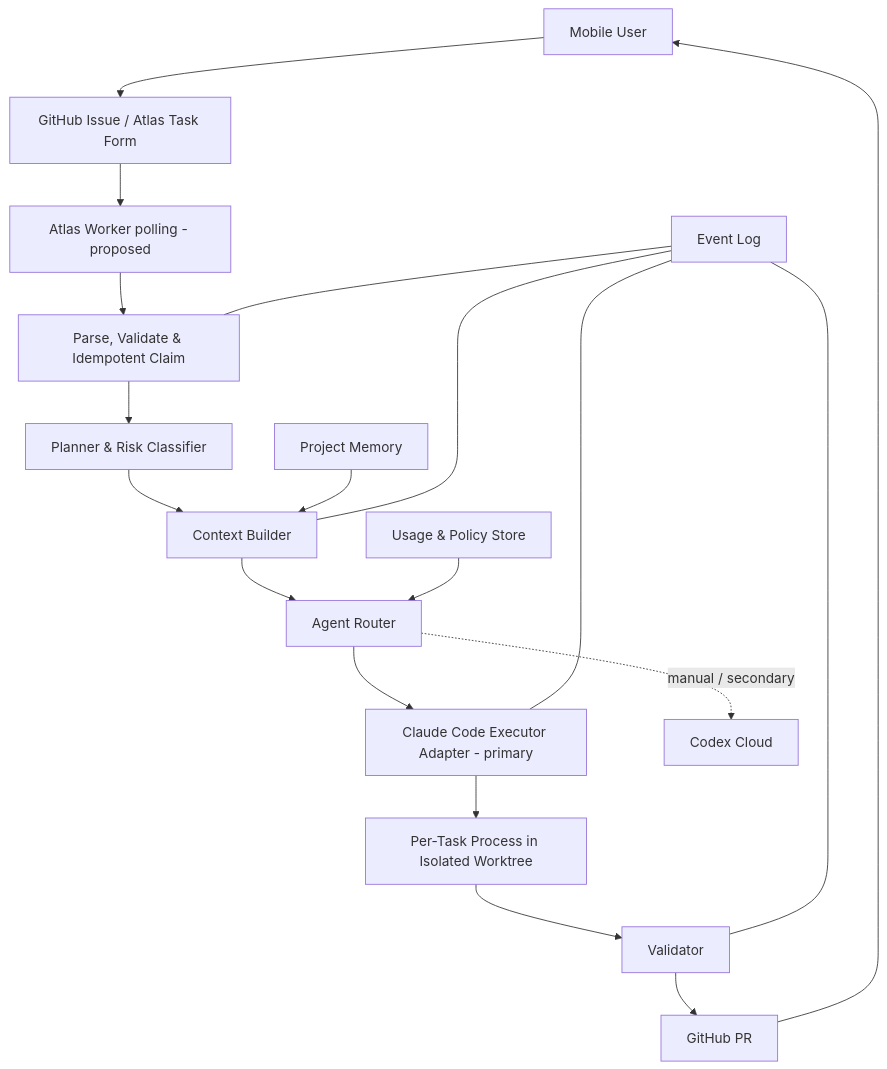
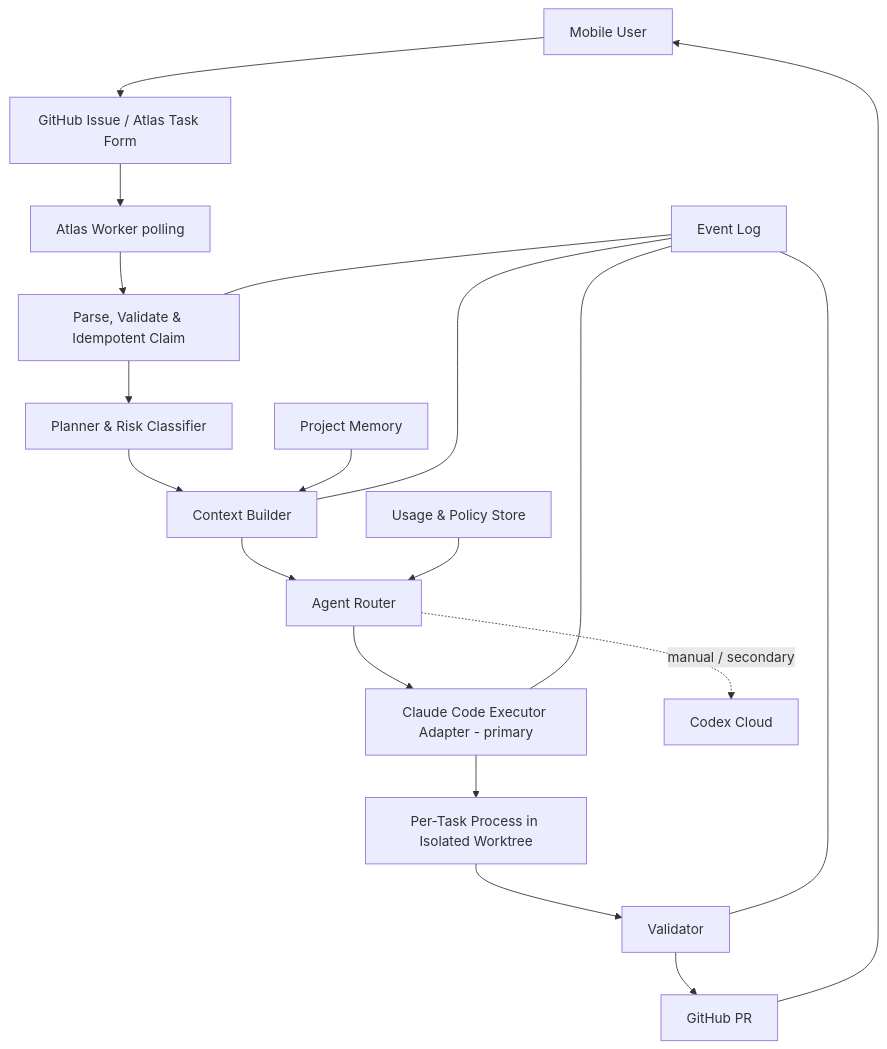
One commit to hongwon1031/atlas changed the second of 3 diagrams in docs/architecture.md. Above: the diagram before and after it, drawn with Mermaid. The commit also changed other lines of this file and 19 other files, not shown here.

````diff
--- a/docs/architecture.md
+++ b/docs/architecture.md
@@ -38,21 +38,21 @@
 ```mermaid
 flowchart TD
     U["Mobile User"] --> GI["GitHub Issue / Atlas Task Form"]
-    GI --> W["Atlas Worker polling - proposed"]
+    GI --> W["Atlas Worker polling"]
     W --> I["Parse, Validate & Idempotent Claim"]
     I --> P["Planner & Risk Classifier"]
     P --> C["Context Builder"]
     C --> R["Agent Router"]
     R --> E["Claude Code Executor Adapter - primary"]
     R -. "manual / secondary" .-> CC["Codex Cloud"]
     E --> X["Per-Task Process in Isolated Worktree"]
     X --> V["Validator"]
     V --> G["GitHub PR"]
     G --> U
     M["Project Memory"] --> C
     S["Usage & Policy Store"] --> R
     O["Event Log"] --- I
     O --- C
     O --- E
     O --- V
 ```
````
